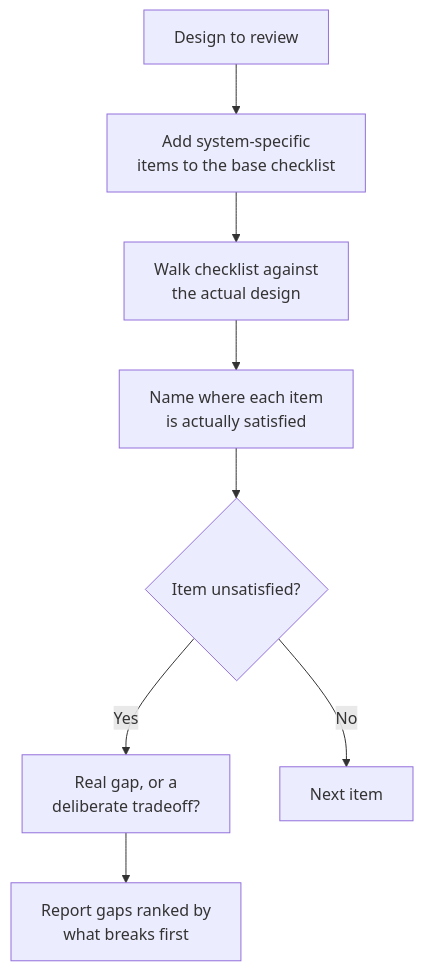
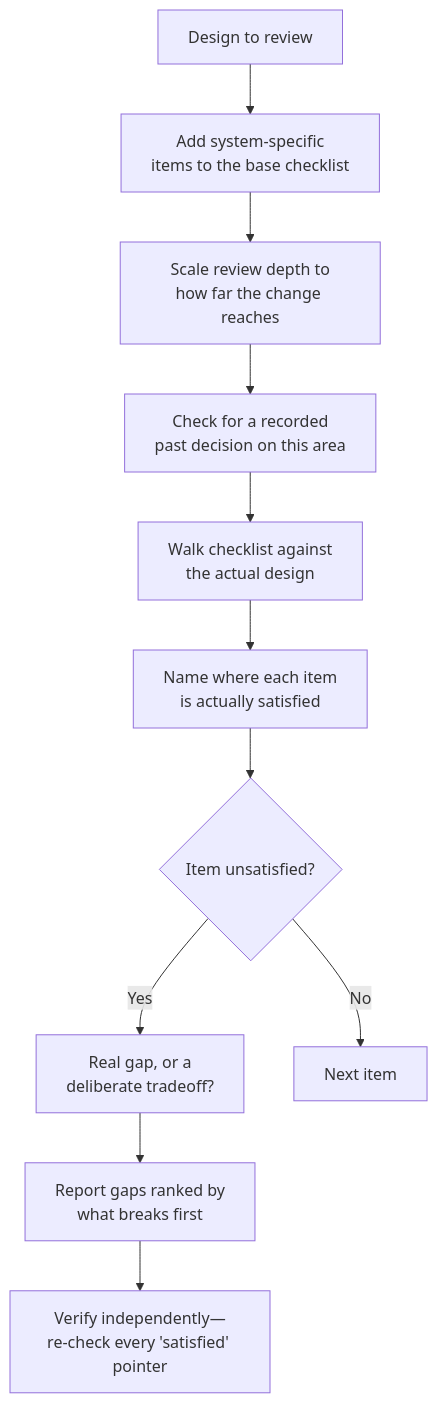
The ninth of 38 diagrams in FLOWS.md (chiragmangaldev3112/agent-playbooks), drawn with Mermaid before and after one commit. The commit also changed other lines of this file and 6 other files, not shown here.

First line of the commit message:
Sync docs for content 1.29.0: flows, examples, changelog, custom bots

````diff
--- a/FLOWS.md
+++ b/FLOWS.md
@@ -144,10 +151,13 @@
 ```mermaid
 flowchart TD
     A[Design to review] --> B[Add system-specific\nitems to the base checklist]
-    B --> C[Walk checklist against\nthe actual design]
+    B --> R[Scale review depth to\nhow far the change reaches]
+    R --> P[Check for a recorded\npast decision on this area]
+    P --> C[Walk checklist against\nthe actual design]
     C --> D[Name where each item\nis actually satisfied]
     D --> E{Item unsatisfied?}
     E -->|Yes| F[Real gap, or a\ndeliberate tradeoff?]
     E -->|No| G[Next item]
     F --> H[Report gaps ranked by\nwhat breaks first]
+    H --> V[Verify independently—\nre-check every 'satisfied' pointer]
 ```
````
